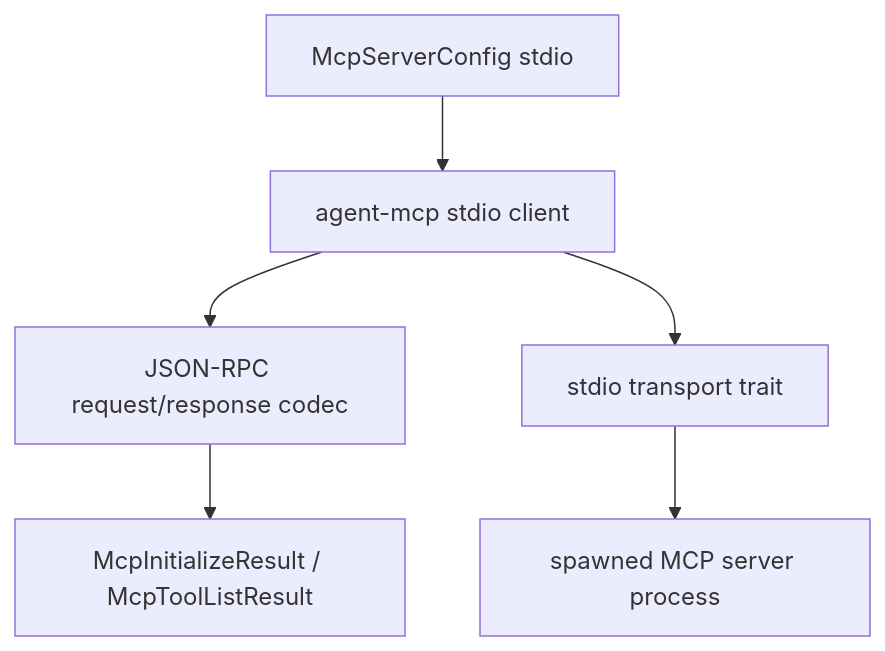
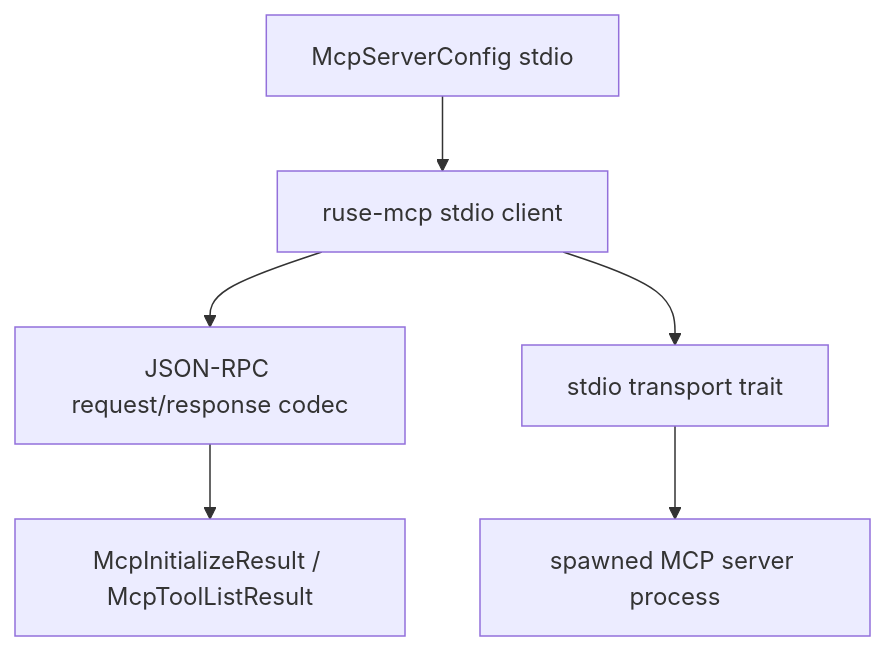
Before and after one commit to poneding/agent: the diagram in docs/specs/M43-mcp-client-stdio-transport.spec.md, drawn with Mermaid. The commit also changed other lines of this file and 2091 other files, not shown here.

First line of the commit message:
refactor: rename agent branding to ruse

````diff
--- a/docs/specs/M43-mcp-client-stdio-transport.spec.md
+++ b/docs/specs/M43-mcp-client-stdio-transport.spec.md
@@ -33,8 +33,8 @@
 ```mermaid
 flowchart TD
-  Config["McpServerConfig stdio"] --> Client["agent-mcp stdio client"]
+  Config["McpServerConfig stdio"] --> Client["ruse-mcp stdio client"]
   Client --> Codec["JSON-RPC request/response codec"]
   Client --> Transport["stdio transport trait"]
   Transport --> Process["spawned MCP server process"]
   Codec --> Contracts["McpInitializeResult / McpToolListResult"]
 ```
````
